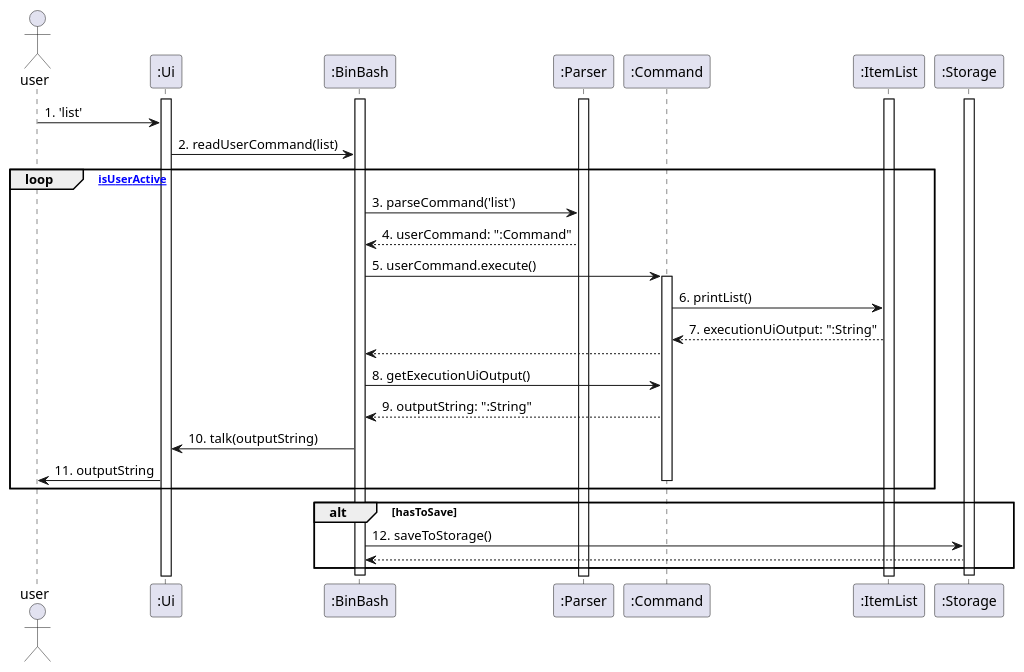
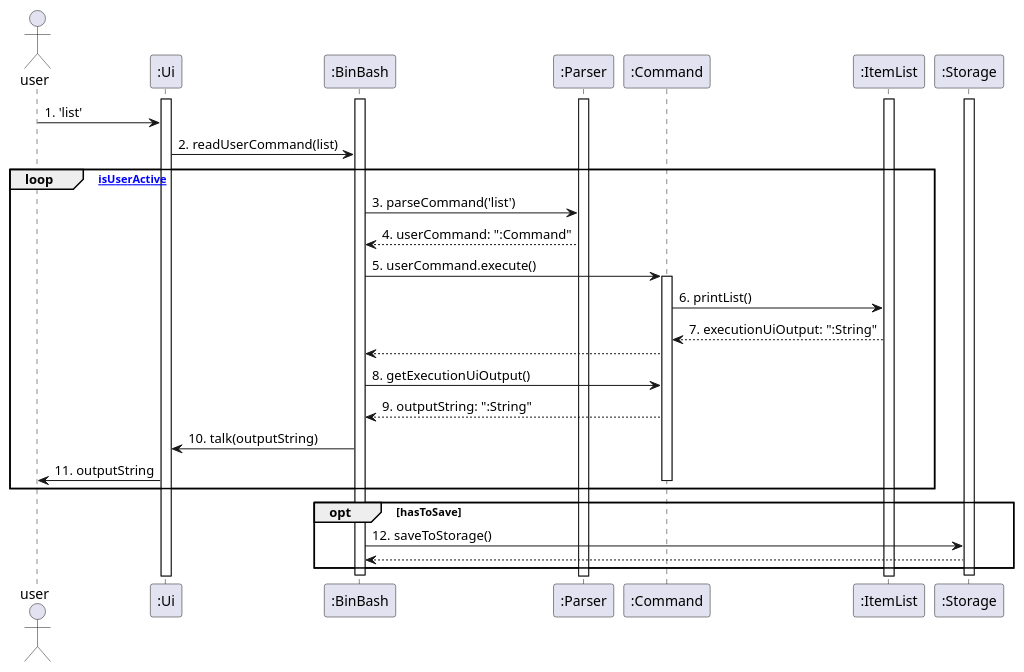
The diagram in docs/diagrams/OverallSequenceDiagram.puml (nus-cs2113-AY2324S2/tp), drawn with PlantUML before and after one commit. The commit also changed 1 other file, not shown here.

Commit message:
Update OverallSequenceDiagram
'alt' was changed to 'opt', to indicate an optional path of hasToSave,
instead of an alternative path

```diff
--- a/docs/diagrams/OverallSequenceDiagram.puml
+++ b/docs/diagrams/OverallSequenceDiagram.puml
@@ -2,41 +2,41 @@
 @startuml
 actor user
 participant ":Ui"
 participant ":BinBash"
 participant ":Parser"
 participant ":Command"
 participant ":ItemList"
 participant ":Storage"
 
 activate ":Ui"
 activate ":BinBash"
 activate ":Parser"
 activate ":ItemList"
 activate ":Storage"
 user -> ":Ui" : 1. 'list'
 ":Ui" -> ":BinBash" : 2. readUserCommand(list)
 
 loop [isUserActive]
     ":BinBash" -> ":Parser" : 3. parseCommand('list')
     ":Parser" --> ":BinBash" : 4. userCommand: ":Command"
     ":BinBash" -> ":Command" : 5. userCommand.execute()
     activate ":Command"
     ":Command" -> ":ItemList" : 6. printList()
     ":ItemList" --> ":Command" : 7. executionUiOutput: ":String"
     ":Command" --> ":BinBash"
     ":BinBash" -> ":Command" : 8. getExecutionUiOutput()
     ":Command" --> ":BinBash" : 9. outputString: ":String"
     ":BinBash" -> ":Ui" : 10. talk(outputString)
     ":Ui" -> user : 11. outputString
     deactivate ":Command"
 end
 
-alt hasToSave
+opt hasToSave
     ":BinBash" -> ":Storage" : 12. saveToStorage()
     ":Storage" --> ":BinBash"
 end
 
 deactivate ":Storage"
 deactivate ":BinBash"
 
 @enduml
```
